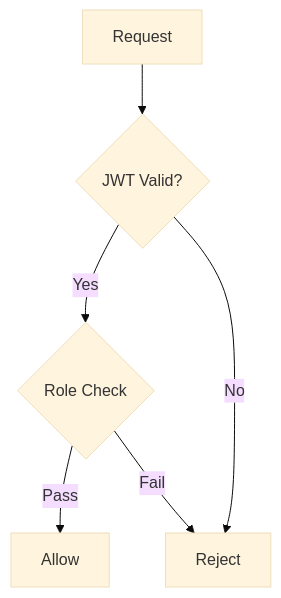
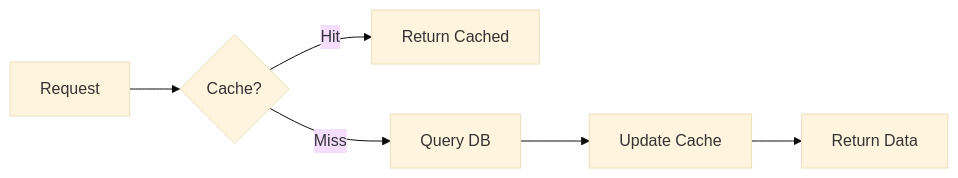
Diagram 11 of 12 in README.md (toantran00/BTTH_12), drawn with Mermaid (base theme) before and after one commit. The commit also changed other lines of this file, not shown here.

````diff
--- a/README.md
+++ b/README.md
@@ -676,8 +1011,8 @@
 ```mermaid
-graph TD
-    A[Request] --> B{JWT Valid?}
-    B -->|Yes| C{Role Check}
-    B -->|No| D[Reject]
-    C -->|Pass| E[Allow]
-    C -->|Fail| D
+graph LR
+    A[Request] --> B{Cache?}
+    B -->|Hit| C[Return Cached]
+    B -->|Miss| D[Query DB]
+    D --> E[Update Cache]
+    E --> F[Return Data]
 ```
````
